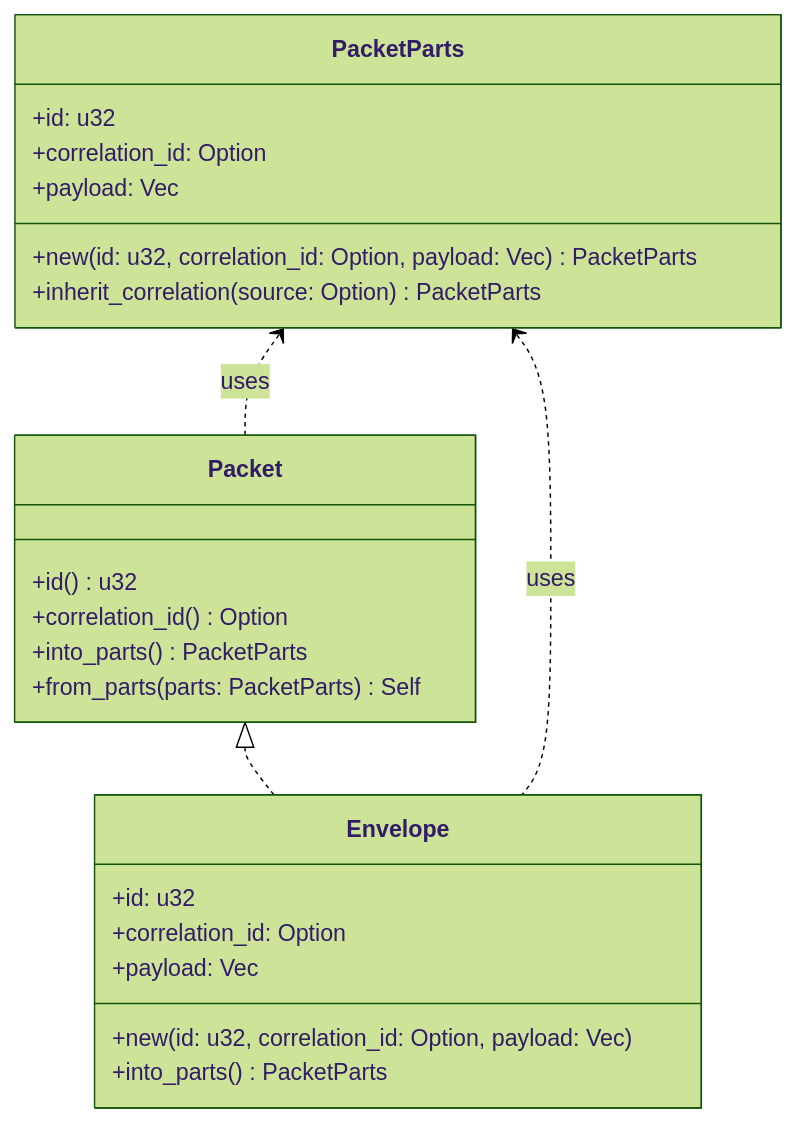
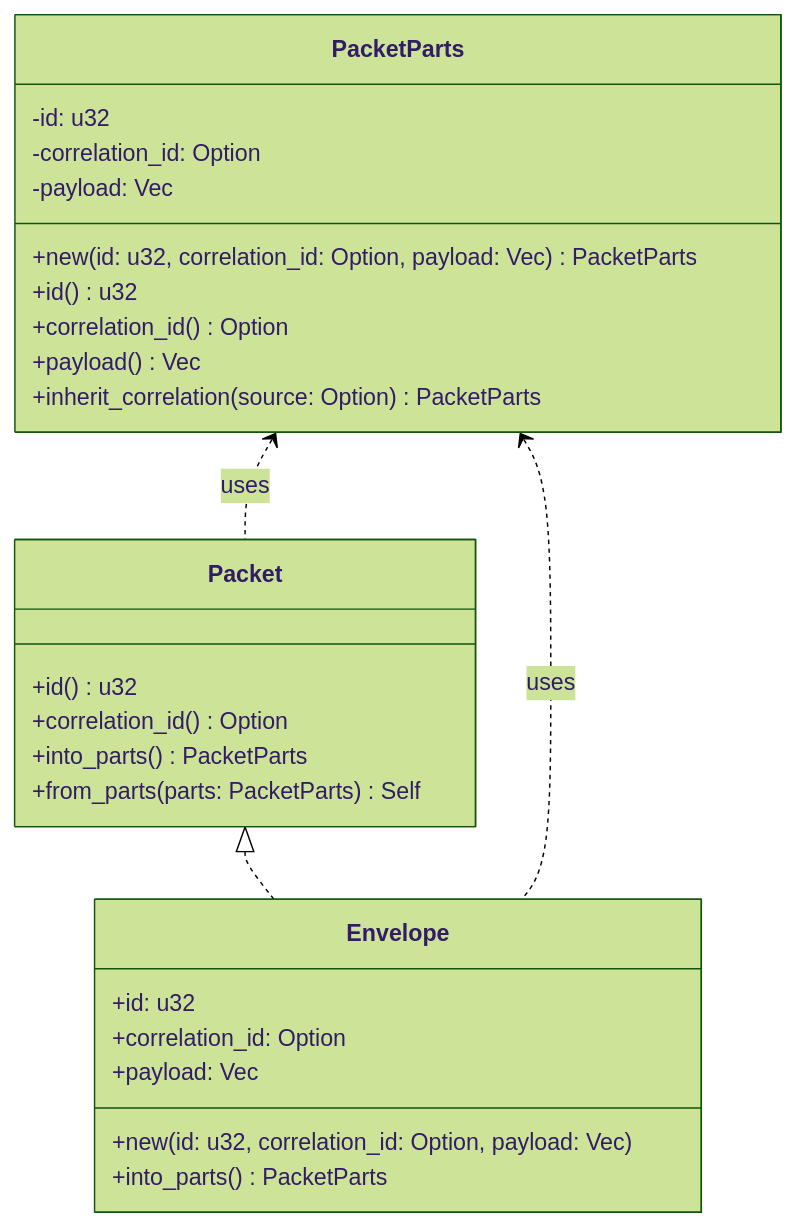
One commit to leynos/wireframe changed the fourth of 6 diagrams in docs/rust-binary-router-library-design.md. Above: the diagram before and after it, drawn with Mermaid (forest theme). The commit also changed other lines of this file and 2 other files, not shown here.

Commit message:
Document packet part privacy

````diff
--- a/docs/rust-binary-router-library-design.md
+++ b/docs/rust-binary-router-library-design.md
@@ -507,26 +507,29 @@
 ```mermaid
 classDiagram
     class Packet {
         +id() u32
         +correlation_id() Option<u64>
         +into_parts() PacketParts
         +from_parts(parts: PacketParts) Self
     }
     class PacketParts {
-        +id: u32
-        +correlation_id: Option<u64>
-        +payload: Vec<u8>
+        -id: u32
+        -correlation_id: Option<u64>
+        -payload: Vec<u8>
         +new(id: u32, correlation_id: Option<u64>, payload: Vec<u8>) PacketParts
+        +id() u32
+        +correlation_id() Option<u64>
+        +payload() Vec<u8>
         +inherit_correlation(source: Option<u64>) PacketParts
     }
     class Envelope {
         +id: u32
         +correlation_id: Option<u64>
         +payload: Vec<u8>
         +new(id: u32, correlation_id: Option<u64>, payload: Vec<u8>)
         +into_parts() PacketParts
     }
     Packet <|.. Envelope
     PacketParts <.. Envelope : uses
     PacketParts <.. Packet : uses
 ```
````
